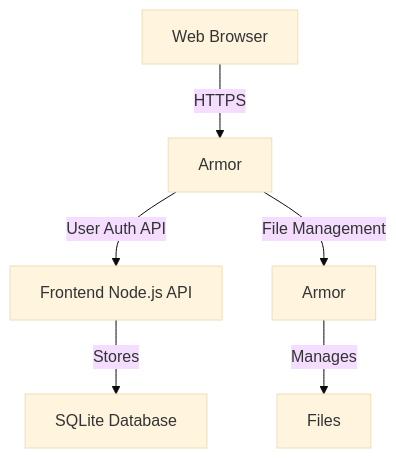
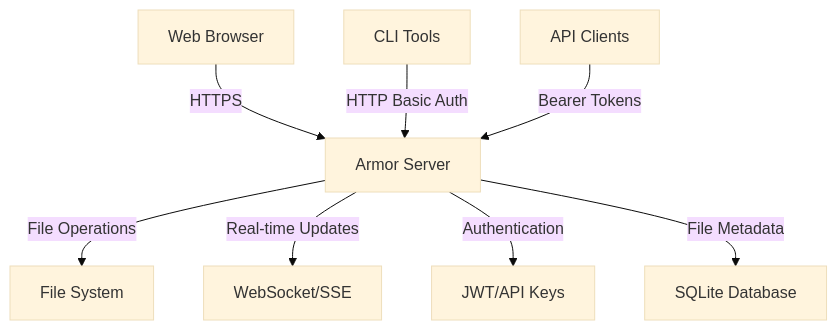
One commit to STARTcloud/armor changed the diagram in docs/index.md. Above: the diagram before and after it, drawn with Mermaid (base theme). The commit also changed other lines of this file and 11 other files, not shown here.

````diff
--- a/docs/index.md
+++ b/docs/index.md
@@ -35,8 +36,10 @@
 ```mermaid
 graph TD
-    A[Web Browser] -- HTTPS --> B[Armor];
-    B -- User Auth API --> C[Frontend Node.js API];
-    B -- File Management --> D[Armor];
-    D -- Manages --> E[Files];
-    C -- Stores --> F[SQLite Database];
+    A[Web Browser] -- HTTPS --> B[Armor Server];
+    B -- File Operations --> C[File System];
+    B -- Real-time Updates --> D[WebSocket/SSE];
+    B -- Authentication --> E[JWT/API Keys];
+    B -- File Metadata --> F[SQLite Database];
+    G[CLI Tools] -- HTTP Basic Auth --> B;
+    H[API Clients] -- Bearer Tokens --> B;
 ```
````
